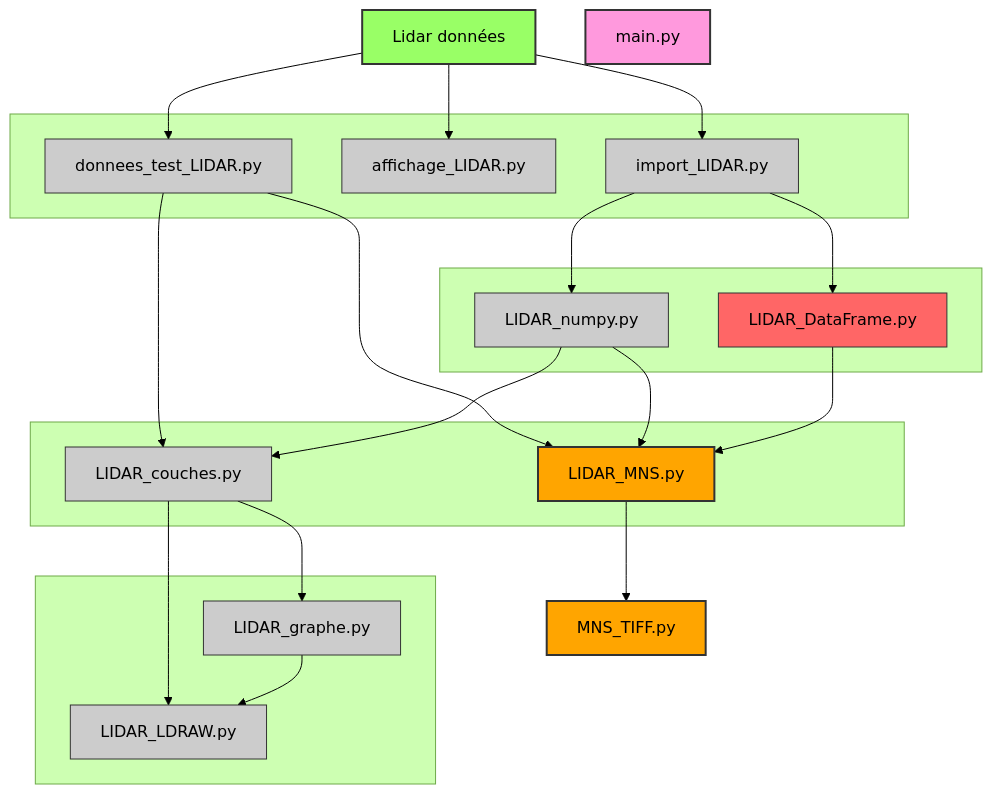
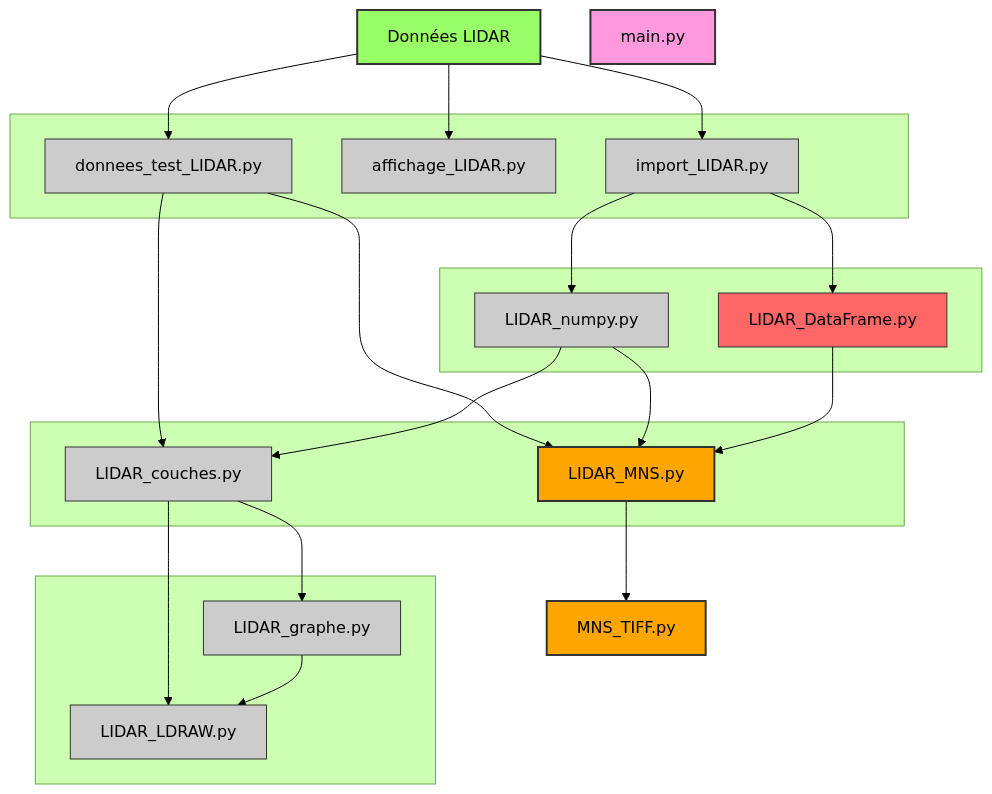
The diagram in Workflow.md (DanQue69/LEGO_Master), drawn with Mermaid (forest theme) before and after one commit.

````diff
--- a/Workflow.md
+++ b/Workflow.md
@@ -1,61 +1,61 @@
 ```mermaid 
 graph TD;
 
-A[Lidar données]
+A[Données LIDAR]
 
 subgraph L1[" "]
     B[donnees_test_LIDAR.py]
     C[affichage_LIDAR.py]
     D[import_LIDAR.py]
 end
 
 subgraph L2[" "]
     E[LIDAR_numpy.py]
     F[LIDAR_DataFrame.py]
 end
 
 subgraph L3[" "]
     G[LIDAR_MNS.py]
     I[LIDAR_couches.py]
 end
 
 subgraph L4[" "]
     J[LIDAR_LDRAW.py]
     K[LIDAR_graphe.py]
 end
 
 H[MNS_TIFF.py]
 M[main.py]
 
 A --> B
 A --> C
 A --> D
 D --> E
 D --> F
 B --> G
 E --> G
 F --> G
 B --> I
 E --> I
 I --> J
 I --> K
 K --> J
 G --> H
 
 
     %% Styles des couleurs
     style A fill:#9f6,stroke:#333,stroke-width:2px
     style B fill:#ccc,stroke:#333,stroke-width:1px
     style C fill:#ccc,stroke:#333,stroke-width:1px
     style D fill:#ccc,stroke:#333,stroke-width:1px
     style E fill:#ccc,stroke:#333,stroke-width:1px
     style F fill:#f66,stroke:#333,stroke-width:1px
     style G fill:#ffa500,stroke:#333,stroke-width:2px
     style H fill:#ffa500,stroke:#333,stroke-width:2px
     style I fill:#ccc,stroke:#333,stroke-width:1px
     style J fill:#ccc,stroke:#333,stroke-width:1px
     style K fill:#ccc,stroke:#333,stroke-width:1px
     style M fill:#f9d,stroke:#333,stroke-width:2px
 
     
 ```
````
